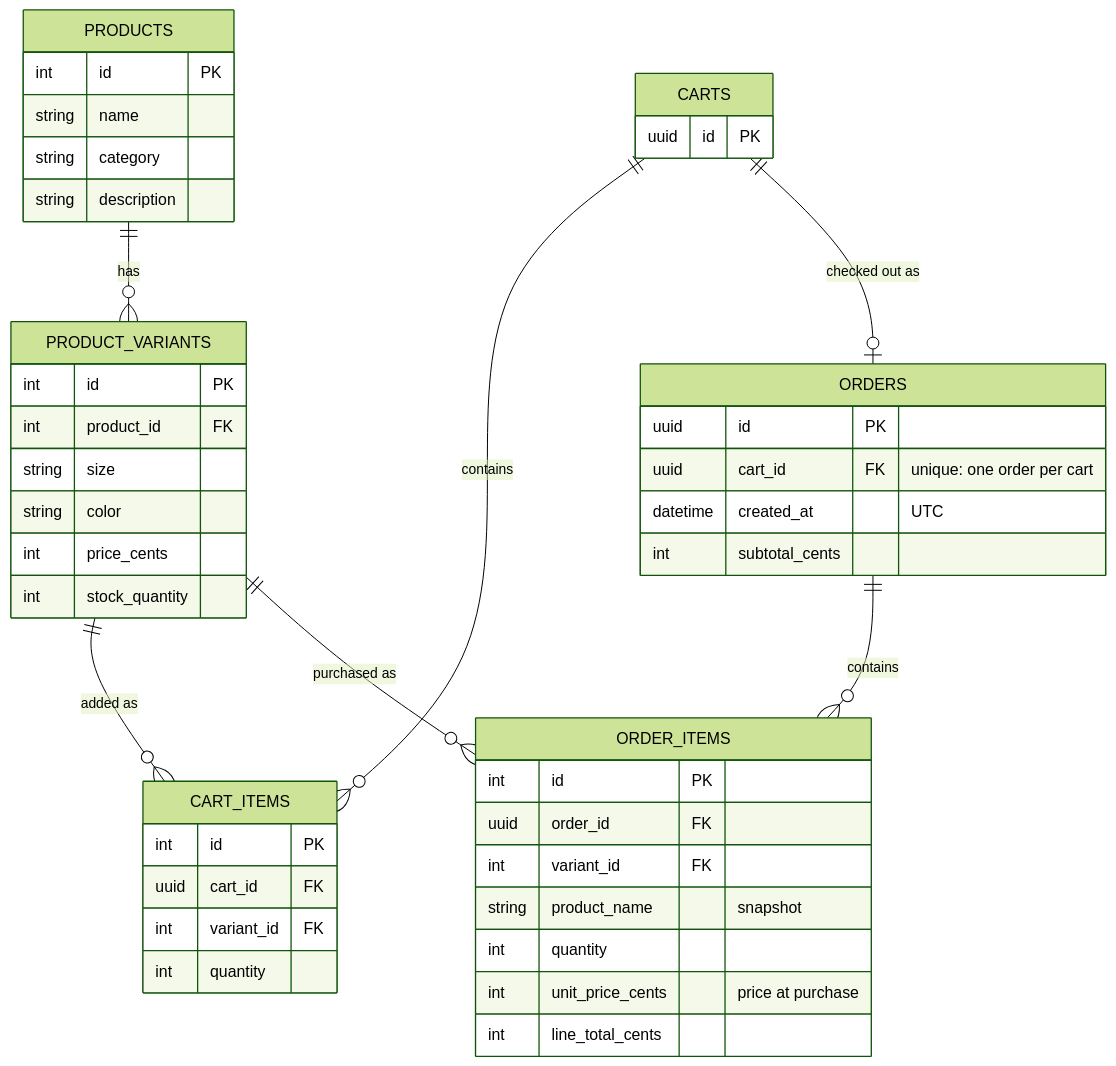
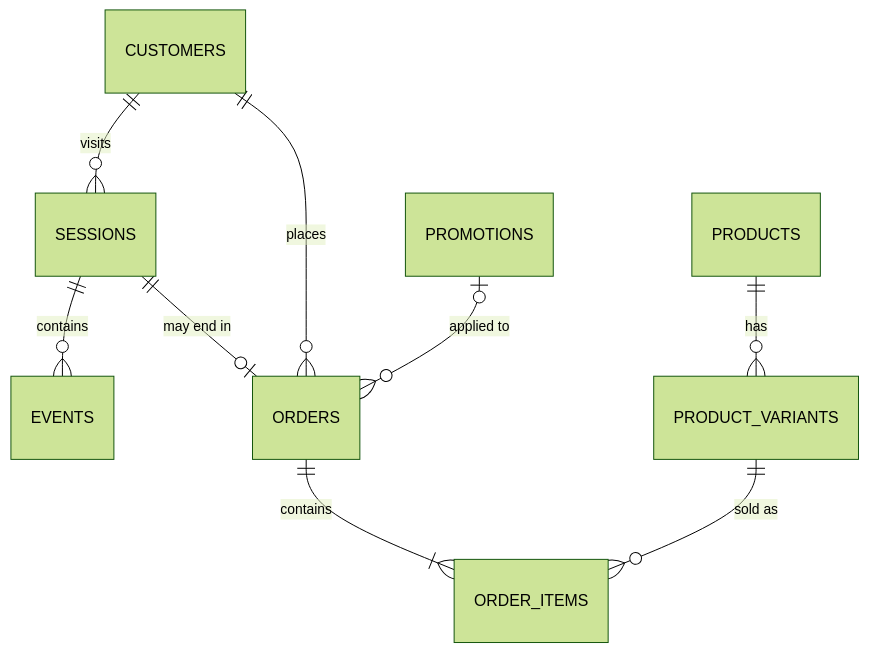
One commit to RuchaPanhale/ai-software-testing-platform changed the first of 2 diagrams in README.md. Above: the diagram before and after it, drawn with Mermaid (forest theme). The commit also changed other lines of this file and 1 other file, not shown here.

````diff
--- a/README.md
+++ b/README.md
@@ -111,48 +78,11 @@
 ```mermaid
 erDiagram
+    CUSTOMERS ||--o{ SESSIONS : "visits"
+    SESSIONS ||--o{ EVENTS : "contains"
+    SESSIONS ||--o| ORDERS : "may end in"
+    CUSTOMERS ||--o{ ORDERS : "places"
+    ORDERS ||--|{ ORDER_ITEMS : "contains"
+    PROMOTIONS |o--o{ ORDERS : "applied to"
     PRODUCTS ||--o{ PRODUCT_VARIANTS : "has"
-    CARTS ||--o{ CART_ITEMS : "contains"
-    PRODUCT_VARIANTS ||--o{ CART_ITEMS : "added as"
-    CARTS ||--o| ORDERS : "checked out as"
-    ORDERS ||--o{ ORDER_ITEMS : "contains"
-    PRODUCT_VARIANTS ||--o{ ORDER_ITEMS : "purchased as"
-
-    PRODUCTS {
-        int id PK
-        string name
-        string category
-        string description
-    }
-    PRODUCT_VARIANTS {
-        int id PK
-        int product_id FK
-        string size
-        string color
-        int price_cents
-        int stock_quantity
-    }
-    CARTS {
-        uuid id PK
-    }
-    CART_ITEMS {
-        int id PK
-        uuid cart_id FK
-        int variant_id FK
-        int quantity
-    }
-    ORDERS {
-        uuid id PK
-        uuid cart_id FK "unique: one order per cart"
-        datetime created_at "UTC"
-        int subtotal_cents
-    }
-    ORDER_ITEMS {
-        int id PK
-        uuid order_id FK
-        int variant_id FK
-        string product_name "snapshot"
-        int quantity
-        int unit_price_cents "price at purchase"
-        int line_total_cents
-    }
+    PRODUCT_VARIANTS ||--o{ ORDER_ITEMS : "sold as"
 ```
````
